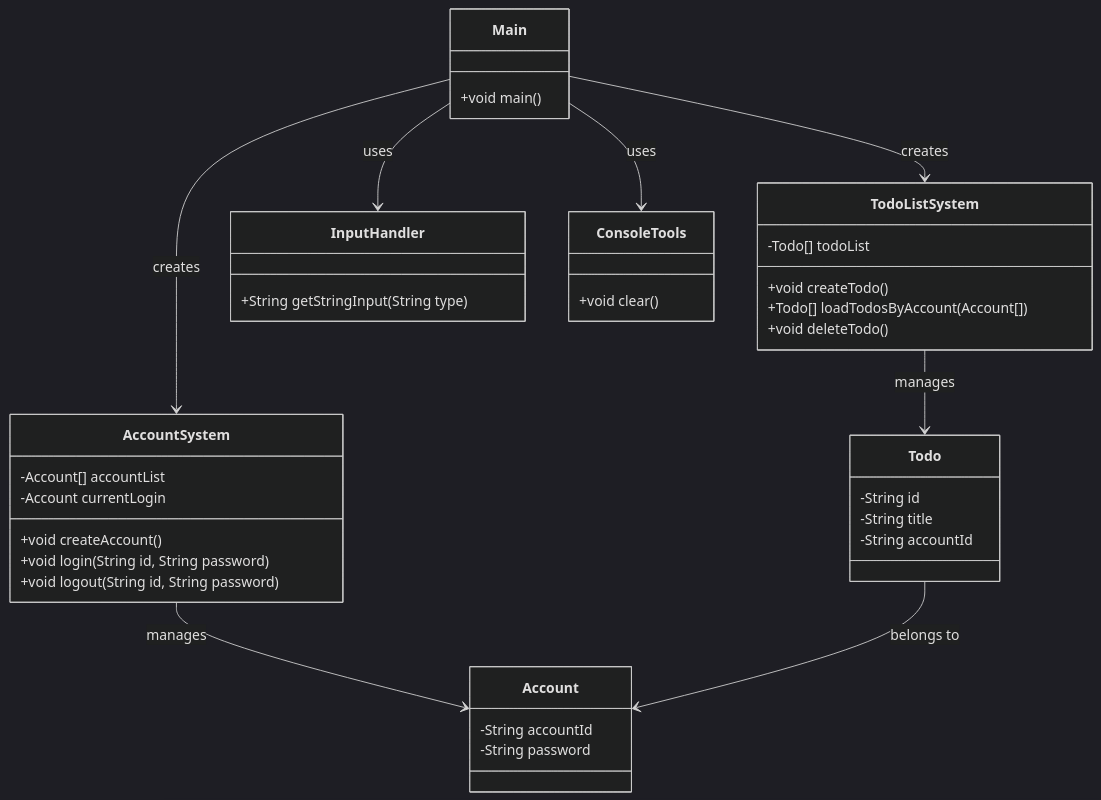
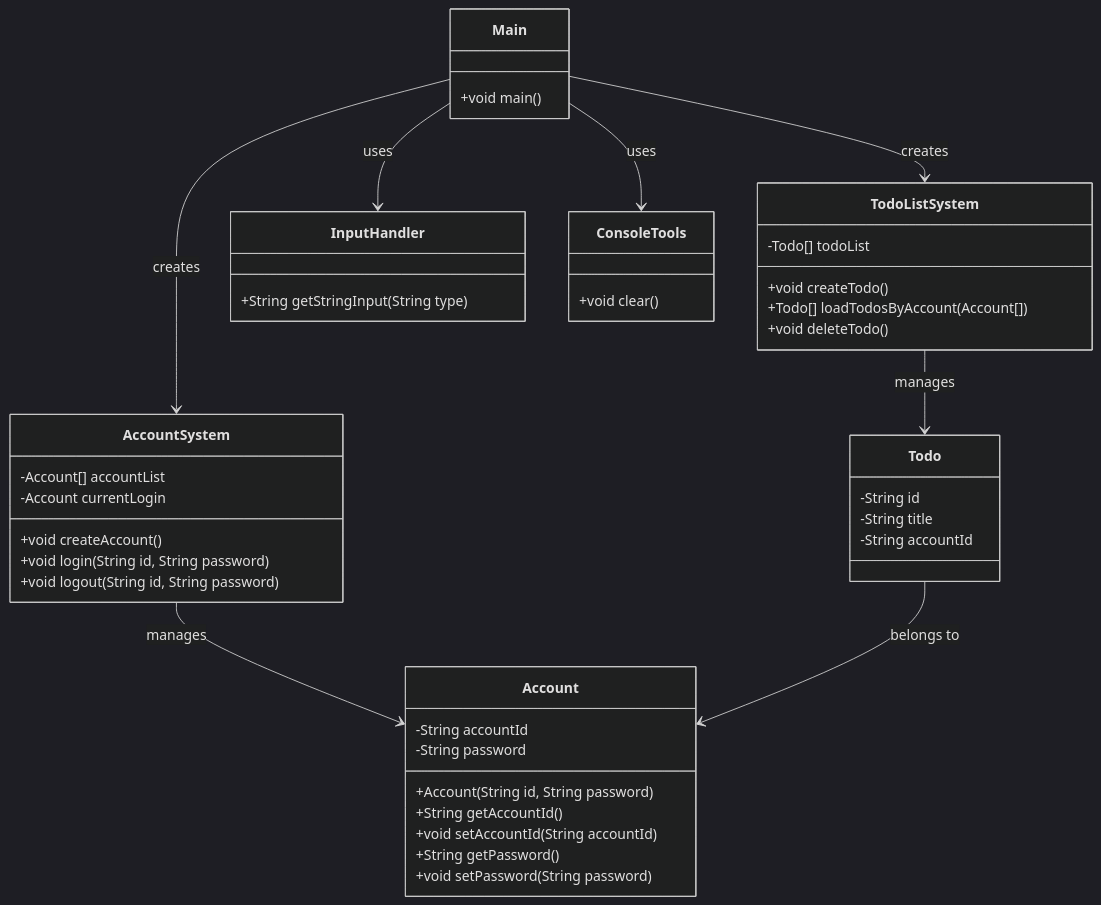
One commit to gwongibeom/java_scratch changed the diagram in src/TodoListWithAccountSystem/todo-list-class-diagram.mermaid. Above: the diagram before and after it, drawn with Mermaid (dark theme). The commit also changed 1 other file, not shown here.

```diff
--- a/src/TodoListWithAccountSystem/todo-list-class-diagram.mermaid
+++ b/src/TodoListWithAccountSystem/todo-list-class-diagram.mermaid
@@ -1,46 +1,51 @@
 classDiagram
     class Todo {
         -String id
         -String title
         -String accountId
     }
-    
+
     class TodoListSystem {
         -Todo[] todoList
         +void createTodo()
         +Todo[] loadTodosByAccount(Account[])
         +void deleteTodo()
     }
-    
+
     class Account {
         -String accountId
         -String password
+        +Account(String id, String password)
+        +String getAccountId()
+        +void setAccountId(String accountId)
+        +String getPassword()
+        +void setPassword(String password)
     }
-    
+
     class AccountSystem {
         -Account[] accountList
         -Account currentLogin
         +void createAccount()
         +void login(String id, String password)
         +void logout(String id, String password)
     }
-    
+
     class InputHandler {
         +String getStringInput(String type)
     }
-    
+
     class ConsoleTools {
         +void clear()
     }
-    
+
     class Main {
         +void main()
     }
-    
+
     Main --> AccountSystem : creates
     Main --> TodoListSystem : creates
     Main --> InputHandler : uses
     Main --> ConsoleTools : uses
     TodoListSystem --> Todo : manages
     AccountSystem --> Account : manages
     Todo --> Account : belongs to
```
